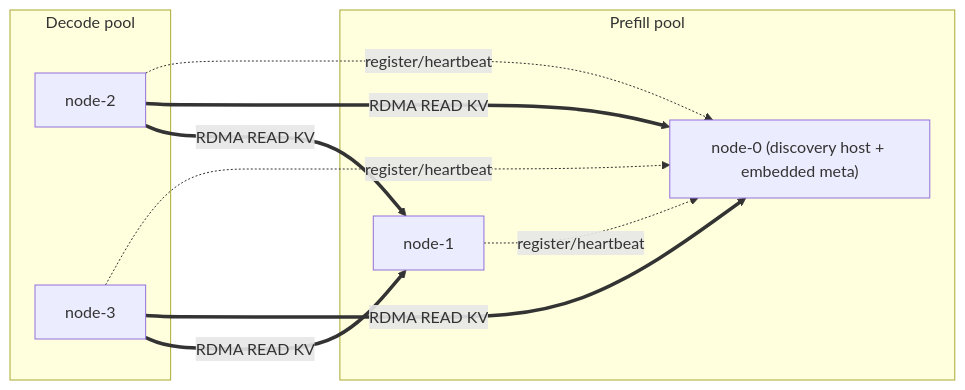
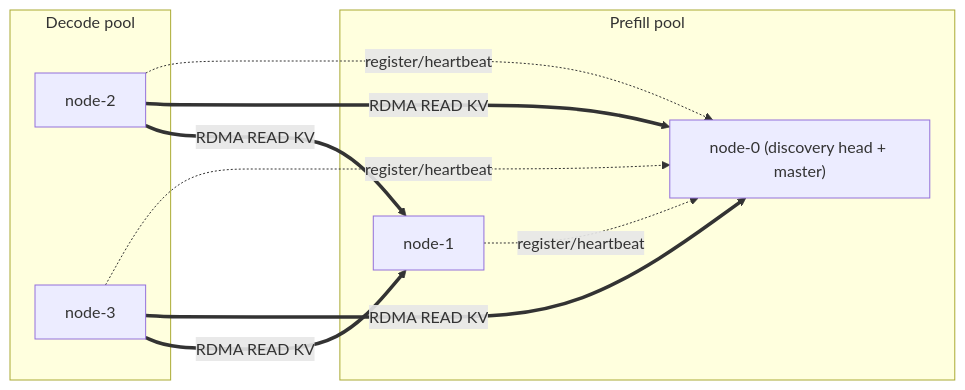
One commit to flymysql/PeerCache changed the diagram in docs/getting-started.md. Above: the diagram before and after it, drawn with Mermaid. The commit also changed other lines of this file and 14 other files, not shown here.

````diff
--- a/docs/getting-started.md
+++ b/docs/getting-started.md
@@ -77,13 +93,13 @@
 ```mermaid
 flowchart LR
     subgraph prefill [Prefill pool]
-      PF0["node-0 (discovery host + embedded meta)"]
+      PF0["node-0 (discovery head + master)"]
       PF1[node-1]
     end
     subgraph decode [Decode pool]
       DC0[node-2]
       DC1[node-3]
     end
     PF1 & DC0 & DC1 -. register/heartbeat .-> PF0
     DC0 & DC1 ==>|RDMA READ KV| PF0 & PF1
 ```
````
